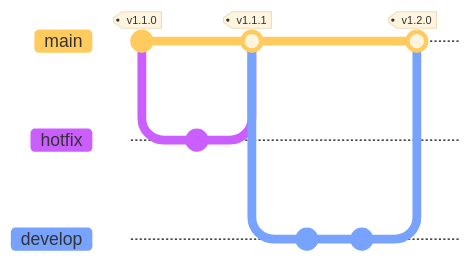
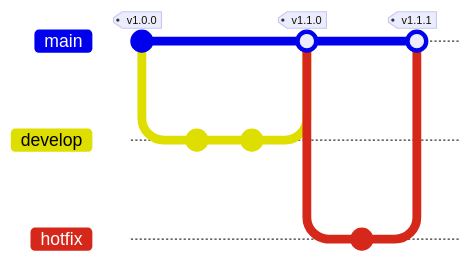
The second of 9 diagrams in src/development/dev-git-branching-strategy.md (nhsbsa/nhsbsa-digital-playbook), drawn with Mermaid before and after one commit. The commit also changed other lines of this file and 2 other files, not shown here. Commit ids are hidden.

Commit message:
a11y compliant colour theme

````diff
--- a/src/development/dev-git-branching-strategy.md
+++ b/src/development/dev-git-branching-strategy.md
@@ -41,18 +40,18 @@
 ```mermaid
-  %%{init: { 'theme': 'base', 'gitGraph': {'showCommitLabel': false}} }%%
+%%{init: { 'themeVariables': { 'git2': '#d5281b', 'gitBranchLabel2': '#ffffff'}} }%%
   gitGraph
     accTitle: "Release candidates, hotfix and develop branches"
     accDescr: "Git graph diagram showing main, hotfix and develop branches."
-    commit tag: "v1.1.0"
+    commit tag: "v1.0.0"
+    branch develop
+    checkout develop
+    commit
+    commit
+    checkout main
+    merge develop tag: "v1.1.0"
     branch hotfix
     checkout hotfix
     commit
     checkout main
     merge hotfix tag: "v1.1.1"
-    branch develop
-    checkout develop
-    commit
-    commit
-    checkout main
-    merge develop tag: "v1.2.0"
 ```
````
